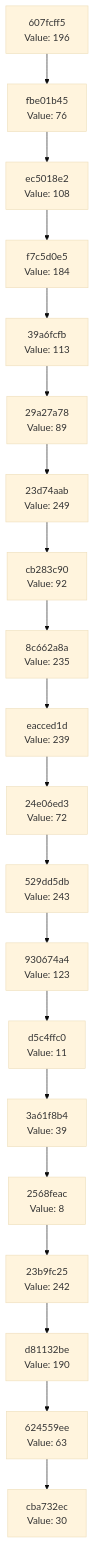
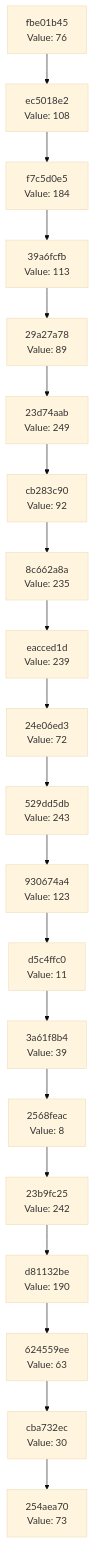
Before and after one commit to Abhisheksinha1506/hash-chain-evolver: the diagram in docs/CHAIN_VISUALIZATION.md, drawn with Mermaid (base theme). The commit also changed 2 other files, not shown here.

Commit message:
Evolution step: hash 0x49 → action executed

````diff
--- a/docs/CHAIN_VISUALIZATION.md
+++ b/docs/CHAIN_VISUALIZATION.md
@@ -3,42 +3,42 @@
 ```mermaid
 graph TD
-    C0["cba732ec<br/>Value: 30"]
-    C1["624559ee<br/>Value: 63"]
+    C0["254aea70<br/>Value: 73"]
+    C1["cba732ec<br/>Value: 30"]
     C1 --> C0
-    C2["d81132be<br/>Value: 190"]
+    C2["624559ee<br/>Value: 63"]
     C2 --> C1
-    C3["23b9fc25<br/>Value: 242"]
+    C3["d81132be<br/>Value: 190"]
     C3 --> C2
-    C4["2568feac<br/>Value: 8"]
+    C4["23b9fc25<br/>Value: 242"]
     C4 --> C3
-    C5["3a61f8b4<br/>Value: 39"]
+    C5["2568feac<br/>Value: 8"]
     C5 --> C4
-    C6["d5c4ffc0<br/>Value: 11"]
+    C6["3a61f8b4<br/>Value: 39"]
     C6 --> C5
-    C7["930674a4<br/>Value: 123"]
+    C7["d5c4ffc0<br/>Value: 11"]
     C7 --> C6
-    C8["529dd5db<br/>Value: 243"]
+    C8["930674a4<br/>Value: 123"]
     C8 --> C7
-    C9["24e06ed3<br/>Value: 72"]
+    C9["529dd5db<br/>Value: 243"]
     C9 --> C8
-    C10["eacced1d<br/>Value: 239"]
+    C10["24e06ed3<br/>Value: 72"]
     C10 --> C9
-    C11["8c662a8a<br/>Value: 235"]
+    C11["eacced1d<br/>Value: 239"]
     C11 --> C10
-    C12["cb283c90<br/>Value: 92"]
+    C12["8c662a8a<br/>Value: 235"]
     C12 --> C11
-    C13["23d74aab<br/>Value: 249"]
+    C13["cb283c90<br/>Value: 92"]
     C13 --> C12
-    C14["29a27a78<br/>Value: 89"]
+    C14["23d74aab<br/>Value: 249"]
     C14 --> C13
-    C15["39a6fcfb<br/>Value: 113"]
+    C15["29a27a78<br/>Value: 89"]
     C15 --> C14
-    C16["f7c5d0e5<br/>Value: 184"]
+    C16["39a6fcfb<br/>Value: 113"]
     C16 --> C15
-    C17["ec5018e2<br/>Value: 108"]
+    C17["f7c5d0e5<br/>Value: 184"]
     C17 --> C16
-    C18["fbe01b45<br/>Value: 76"]
+    C18["ec5018e2<br/>Value: 108"]
     C18 --> C17
-    C19["607fcff5<br/>Value: 196"]
+    C19["fbe01b45<br/>Value: 76"]
     C19 --> C18
 ```
````
